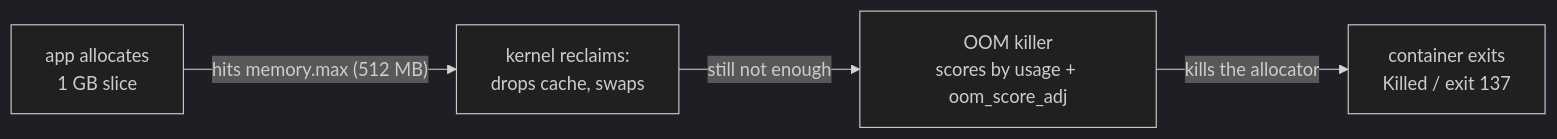
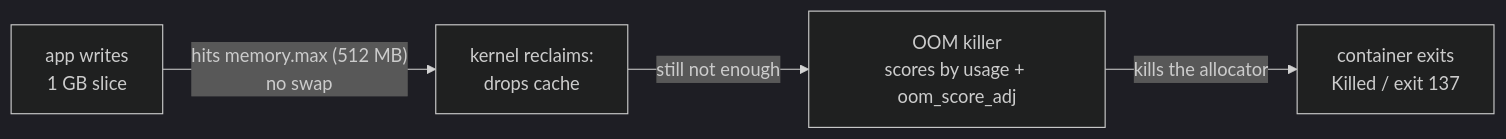
One commit to ksauraj/ksau-blogs changed the second of 2 diagrams in _posts/2026-09-24-cgroups-how-linux-limits-resources.md. Above: the diagram before and after it, drawn with Mermaid (dark theme). The commit also changed other lines of this file and 2 other files, not shown here.

````diff
--- a/_posts/2026-09-24-cgroups-how-linux-limits-resources.md
+++ b/_posts/2026-09-24-cgroups-how-linux-limits-resources.md
@@ -337,6 +351,6 @@
 ```mermaid
 graph LR
-    A["app allocates<br/>1 GB slice"] -->|"hits memory.max (512 MB)"| B["kernel reclaims:<br/>drops cache, swaps"]
+    A["app writes<br/>1 GB slice"] -->|"hits memory.max (512 MB)<br/>no swap"| B["kernel reclaims:<br/>drops cache"]
     B -->|"still not enough"| C["OOM killer<br/>scores by usage + oom_score_adj"]
     C -->|"kills the allocator"| D["container exits<br/>Killed / exit 137"]
 ```
````
